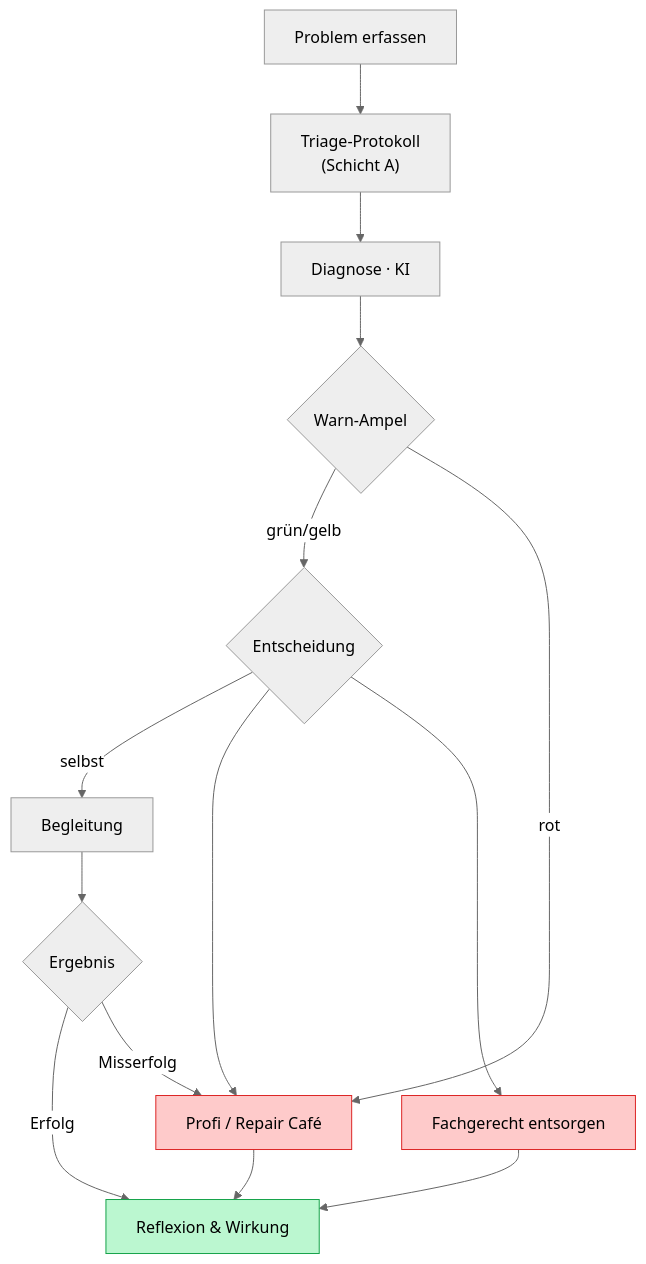
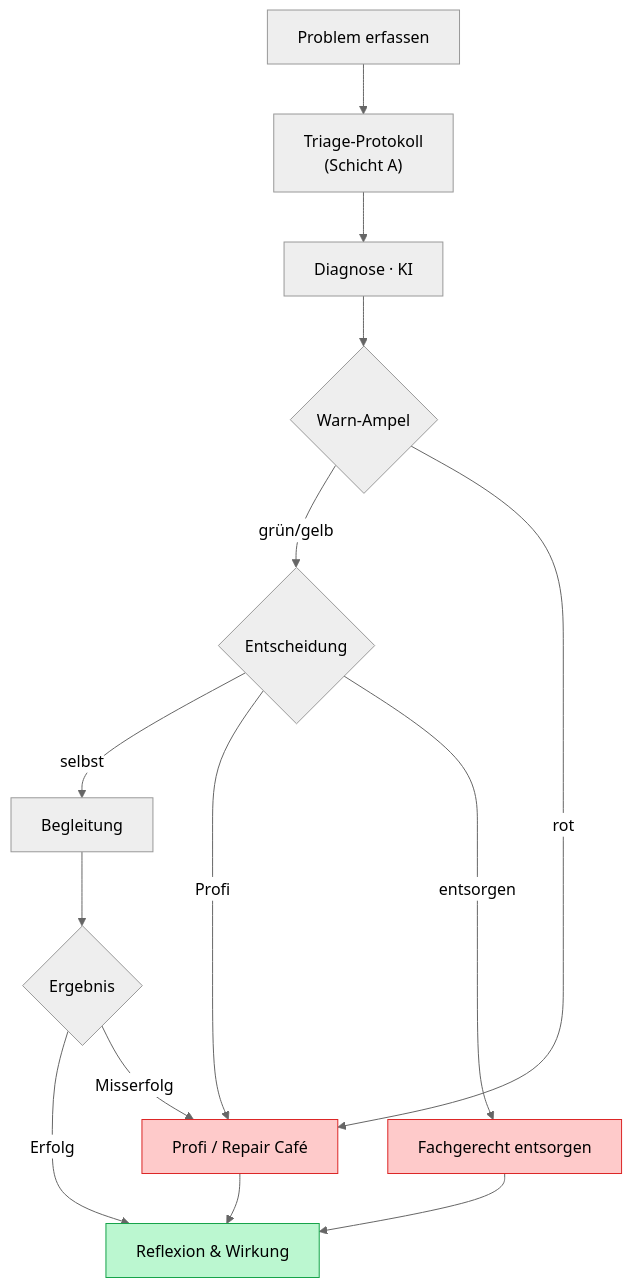
Before and after one commit to DigitaleOberlausitz/hackathon2026_RepairApp: the fifth of 10 diagrams in docs/konzept.adoc, drawn with Mermaid (neutral theme). The commit also changed other lines of this file, not shown here.

```diff
--- a/docs/konzept.adoc
+++ b/docs/konzept.adoc
@@ -221,19 +224,19 @@
 [mermaid]
 ....
 flowchart TD
   P[Problem erfassen] --> T["Triage-Protokoll<br/>(Schicht A)"]
   T --> D[Diagnose · KI] --> A{Warn-Ampel}
   A -->|grün/gelb| E{Entscheidung}
   A -->|rot| Prof[Profi / Repair Café]
   E -->|selbst| B[Begleitung] --> R{Ergebnis}
-  E --> Prof
-  E --> Ent[Fachgerecht entsorgen]
+  E -->|Profi| Prof
+  E -->|entsorgen| Ent[Fachgerecht entsorgen]
   R -->|Erfolg| W[Reflexion & Wirkung]
   R -->|Misserfolg| Prof
   Prof --> W
   Ent --> W
   classDef red fill:#fecaca,stroke:#dc2626
   classDef green fill:#bbf7d0,stroke:#16a34a
   class Prof,Ent red
   class W green
 ....
```
